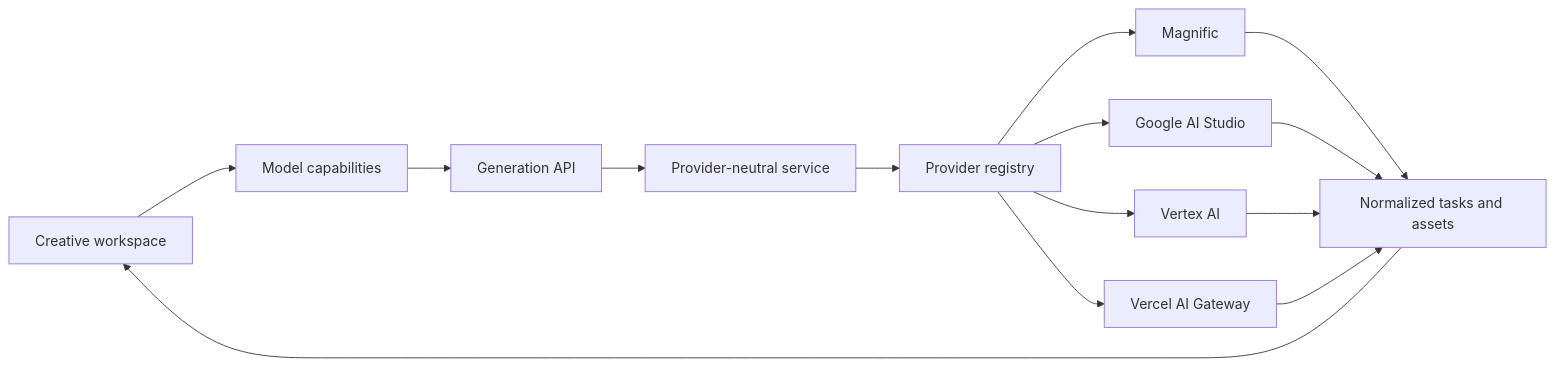
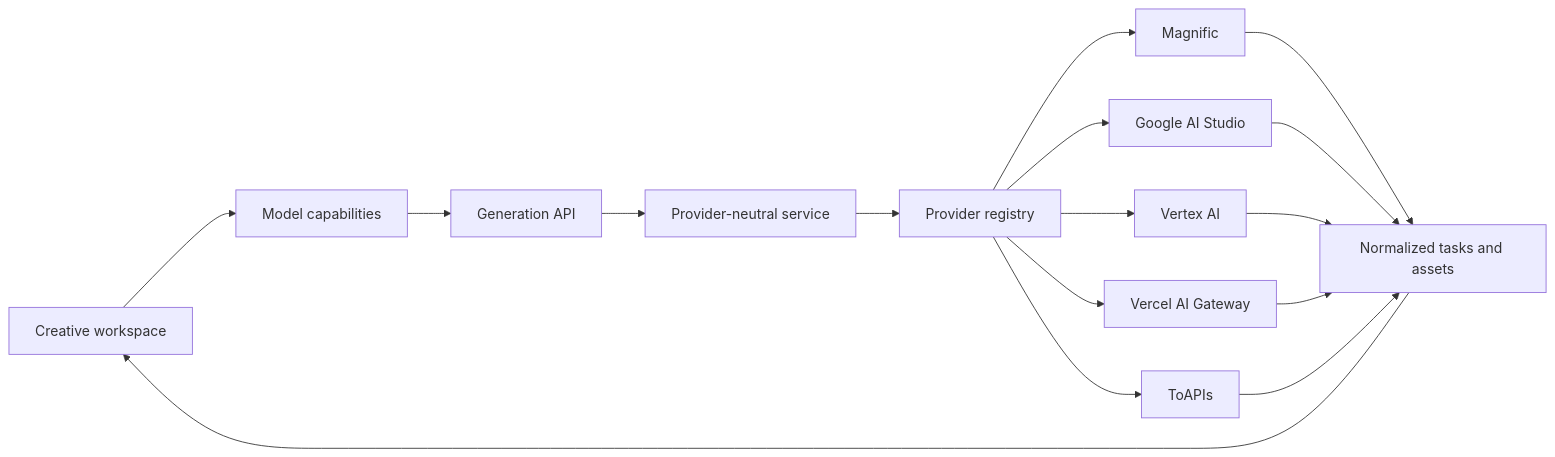
One commit to TechBeme/open-higgsfield changed the diagram in README.md. Above: the diagram before and after it, drawn with Mermaid. The commit also changed other lines of this file and 22 other files, not shown here.

````diff
--- a/README.md
+++ b/README.md
@@ -106,16 +129,18 @@
 ```mermaid
 flowchart LR
     U[Creative workspace] --> C[Model capabilities]
     C --> A[Generation API]
     A --> S[Provider-neutral service]
     S --> R[Provider registry]
     R --> F[Magnific]
     R --> G[Google AI Studio]
     R --> V[Vertex AI]
     R --> W[Vercel AI Gateway]
+    R --> O[ToAPIs]
     F --> T[Normalized tasks and assets]
     G --> T
     V --> T
     W --> T
+    O --> T
     T --> U
 ```
````
